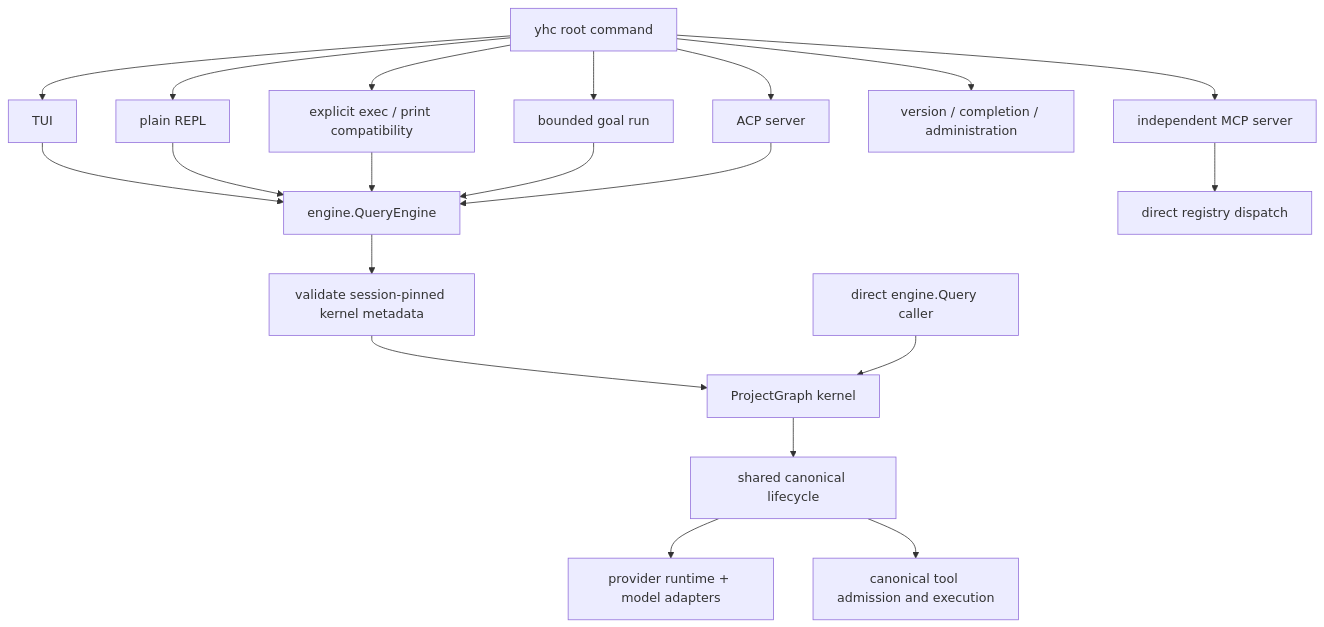
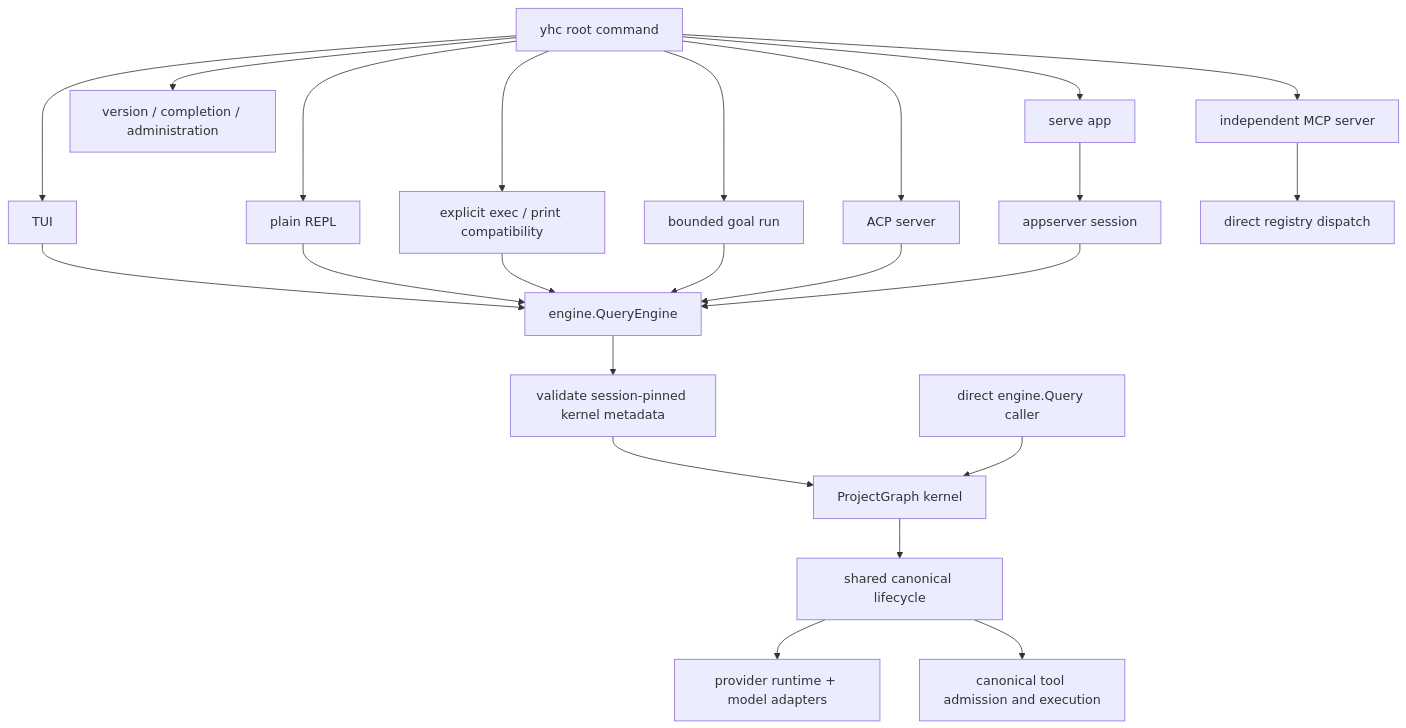
The diagram in docs/architecture/README.md (abietic/yhc), drawn with Mermaid before and after one commit. The commit also changed other lines of this file and 187 other files, not shown here.

````diff
--- a/docs/architecture/README.md
+++ b/docs/architecture/README.md
@@ -52,25 +53,28 @@
 ```mermaid
 flowchart TD
     accTitle: Runtime composition roots
     accDescr: Conversation entrypoints converge on QueryEngine and the ProjectGraph kernel, while the standalone MCP server dispatches tools directly.
     CLI["yhc root command"] --> TUI["TUI"]
     CLI --> Plain["plain REPL"]
     CLI --> Headless["explicit exec / print compatibility"]
     CLI --> GoalRun["bounded goal run"]
     CLI --> ACP["ACP server"]
+    CLI --> AppServer["serve app"]
     CLI --> Admin["version / completion / administration"]
     TUI --> QE["engine.QueryEngine"]
     Plain --> QE
     Headless --> QE
     GoalRun --> QE
     ACP --> QE
+    AppServer --> AppSession["appserver session"]
+    AppSession --> QE
     QE --> Select["validate session-pinned kernel metadata"]
     Select --> Graph["ProjectGraph kernel"]
     DirectQ["direct engine.Query caller"] --> Graph
     Graph --> Canonical["shared canonical lifecycle"]
     Canonical --> Model["provider runtime + model adapters"]
     Canonical --> Exec["canonical tool admission and execution"]
 
     CLI --> MCPServer["independent MCP server"]
     MCPServer --> Direct["direct registry dispatch"]
 ```
````
